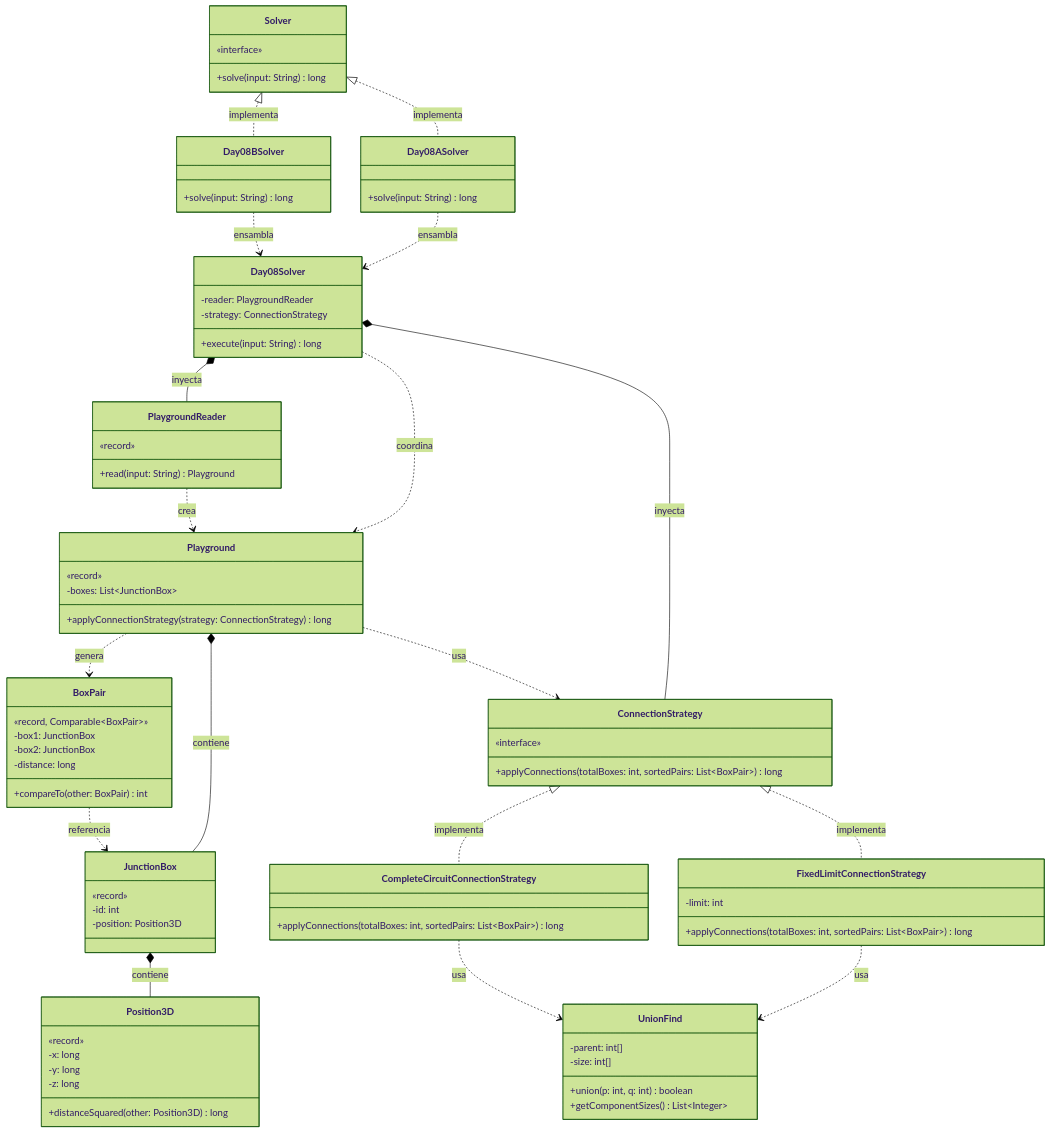
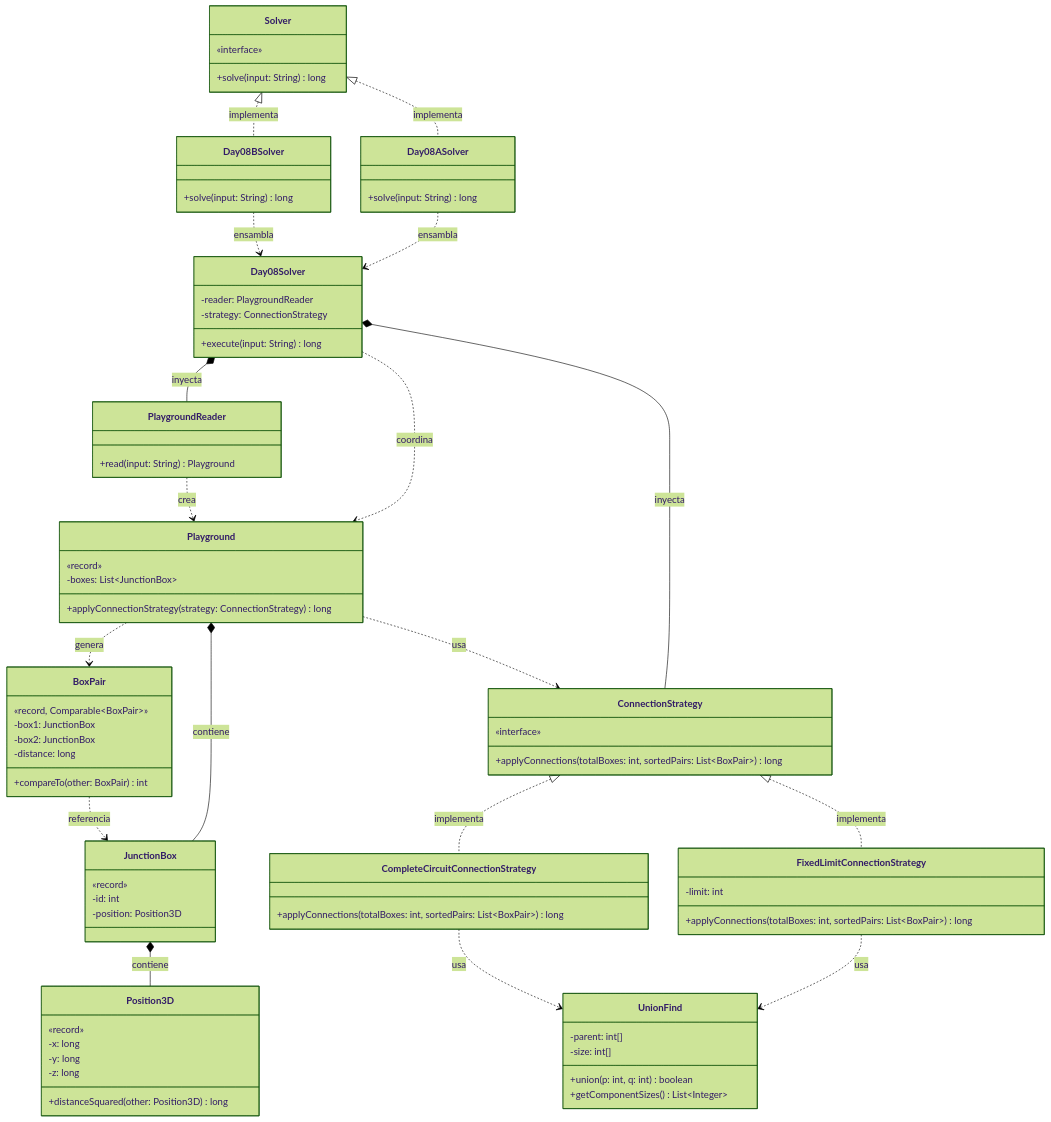
The diagram in src/main/java/software/aoc/day08/README.md (ivanperezdiaz829/AoC2025), drawn with Mermaid (forest theme) before and after one commit. The commit also changed 1 other file, not shown here.

Commit message:
Minnor fix of the Day08 README

```diff
--- a/src/main/java/software/aoc/day08/README.md
+++ b/src/main/java/software/aoc/day08/README.md
@@ -58,7 +58,6 @@
   }
 
   class PlaygroundReader {
-    «record»
     +read(input: String) Playground
   }
 
```
